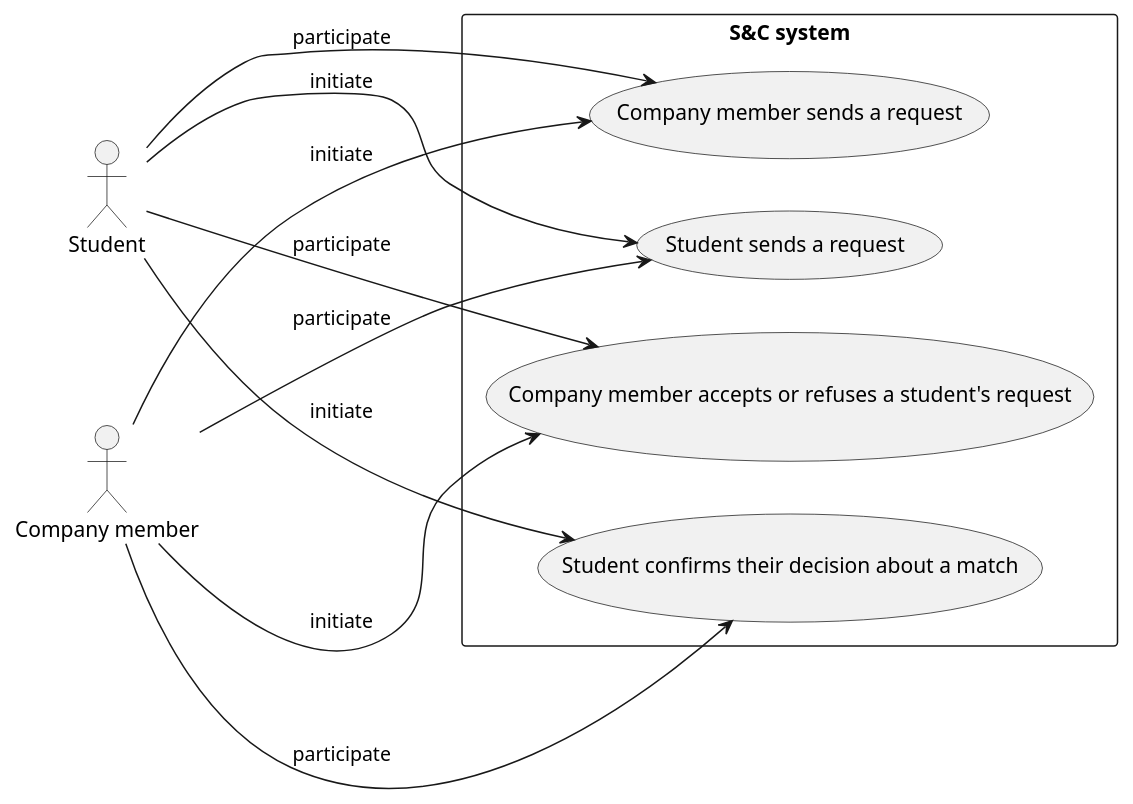
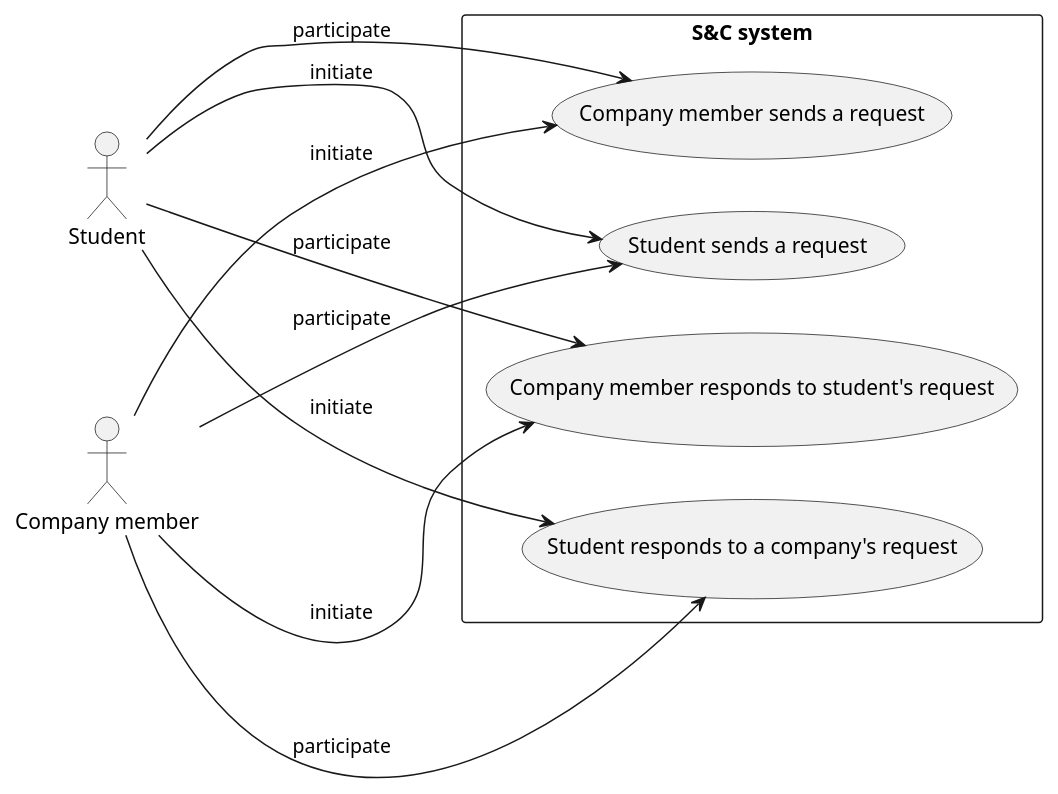
One commit to matti8702/R_and_DD_project_SE2 changed the diagram in RASD/Specific_requirements/uml_diagrams/use_cases_diagram3.puml. Above: the diagram before and after it, drawn with PlantUML. The commit also changed 1 other file, not shown here.

Commit message:
refactor: change 'match' to 'request'

```diff
--- a/RASD/Specific_requirements/uml_diagrams/use_cases_diagram3.puml
+++ b/RASD/Specific_requirements/uml_diagrams/use_cases_diagram3.puml
@@ -1,25 +1,25 @@
 @startuml use_cases_diagram3
 left to right direction
 
 actor :Student: as ST
 actor :Company member: as CM
 
 rectangle "S&C system" {
     usecase (Student sends a request) as UC14
     usecase (Company member sends a request) as UC15
-    usecase (Student confirms their decision about a match) as UC16
-    usecase (Company member accepts or refuses a student's request) as UC17
+    usecase (Student responds to a company's request) as UC16
+    usecase (Company member responds to student's request) as UC17
 }
 
 ST ---> UC14 : initiate
 CM ---> UC14 : participate
 
 CM ---> UC15 : initiate
 ST ---> UC15 : participate
 
 ST ---> UC16 : initiate
 CM ---> UC16 : participate
 
 CM ---> UC17 : initiate
 ST ---> UC17 : participate
 @enduml
```
